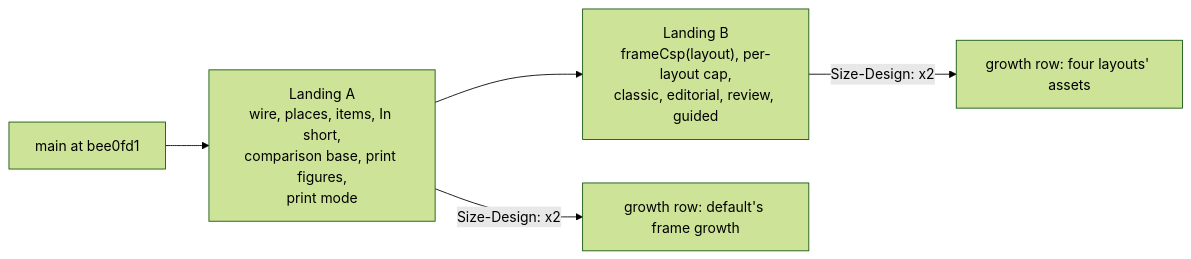
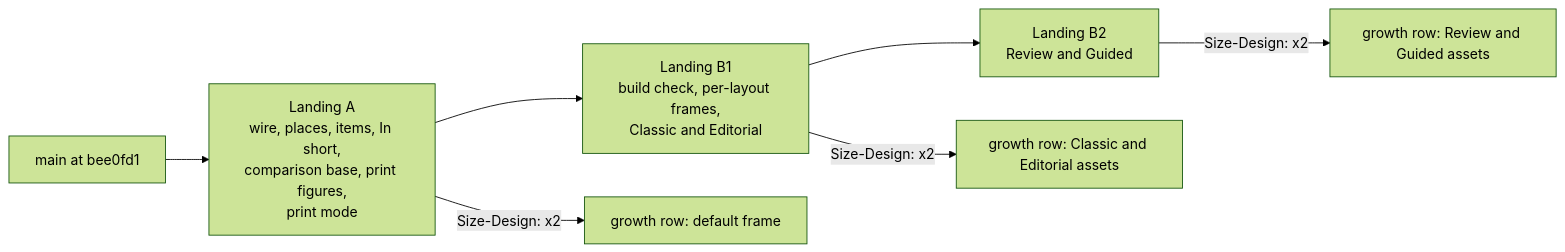
The first of 2 diagrams in docs/superpowers/plans/2026-11-20-docserver-parity-additions.md (Synapsium-Labs/docserver), drawn with Mermaid (forest theme) before and after one commit. The commit also changed other lines of this file and 21 other files, not shown here.

First line of the commit message:
fix: close the B1 layout review findings (docserver parity T14)

````diff
--- a/docs/superpowers/plans/2026-11-20-docserver-parity-additions.md
+++ b/docs/superpowers/plans/2026-11-20-docserver-parity-additions.md
@@ -67,7 +69,9 @@
 ```mermaid
 flowchart LR
   M["main at bee0fd1"] --> A["Landing A<br/>wire, places, items, In short,<br/>comparison base, print figures,<br/>print mode"]
-  A --> B["Landing B<br/>frameCsp(layout), per-layout cap,<br/>classic, editorial, review, guided"]
-  A -->|"Size-Design: x2"| R1["growth row: default's frame growth"]
-  B -->|"Size-Design: x2"| R2["growth row: four layouts' assets"]
+  A --> B1["Landing B1<br/>build check, per-layout frames,<br/>Classic and Editorial"]
+  B1 --> B2["Landing B2<br/>Review and Guided"]
+  A -->|"Size-Design: x2"| R1["growth row: default frame"]
+  B1 -->|"Size-Design: x2"| R2["growth row: Classic and Editorial assets"]
+  B2 -->|"Size-Design: x2"| R3["growth row: Review and Guided assets"]
 ```
````
